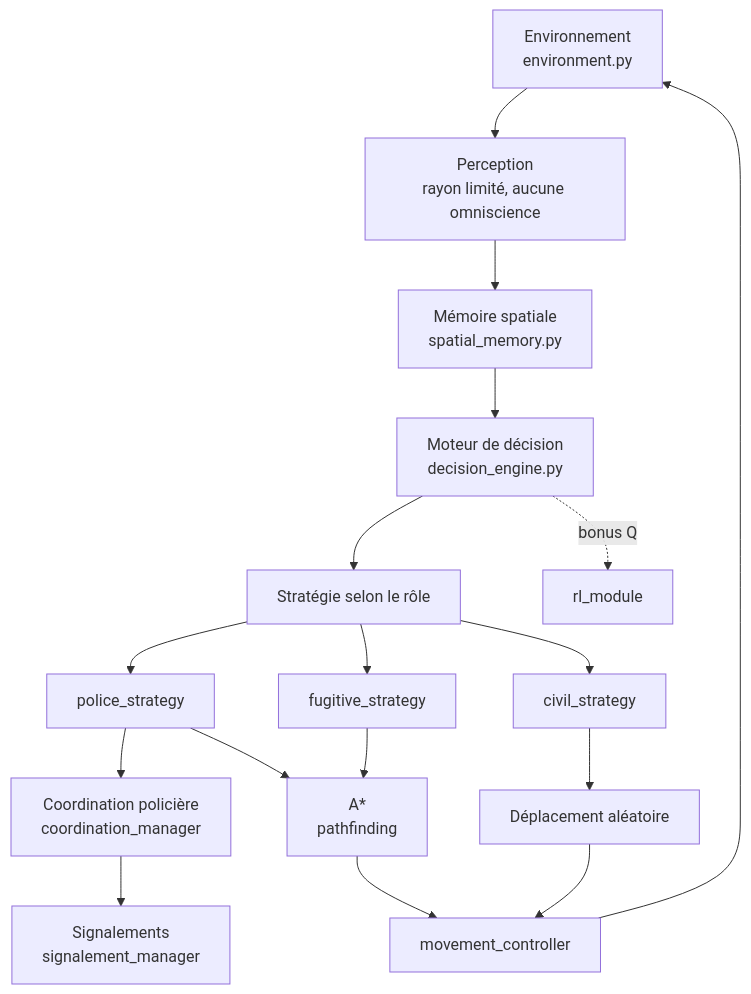
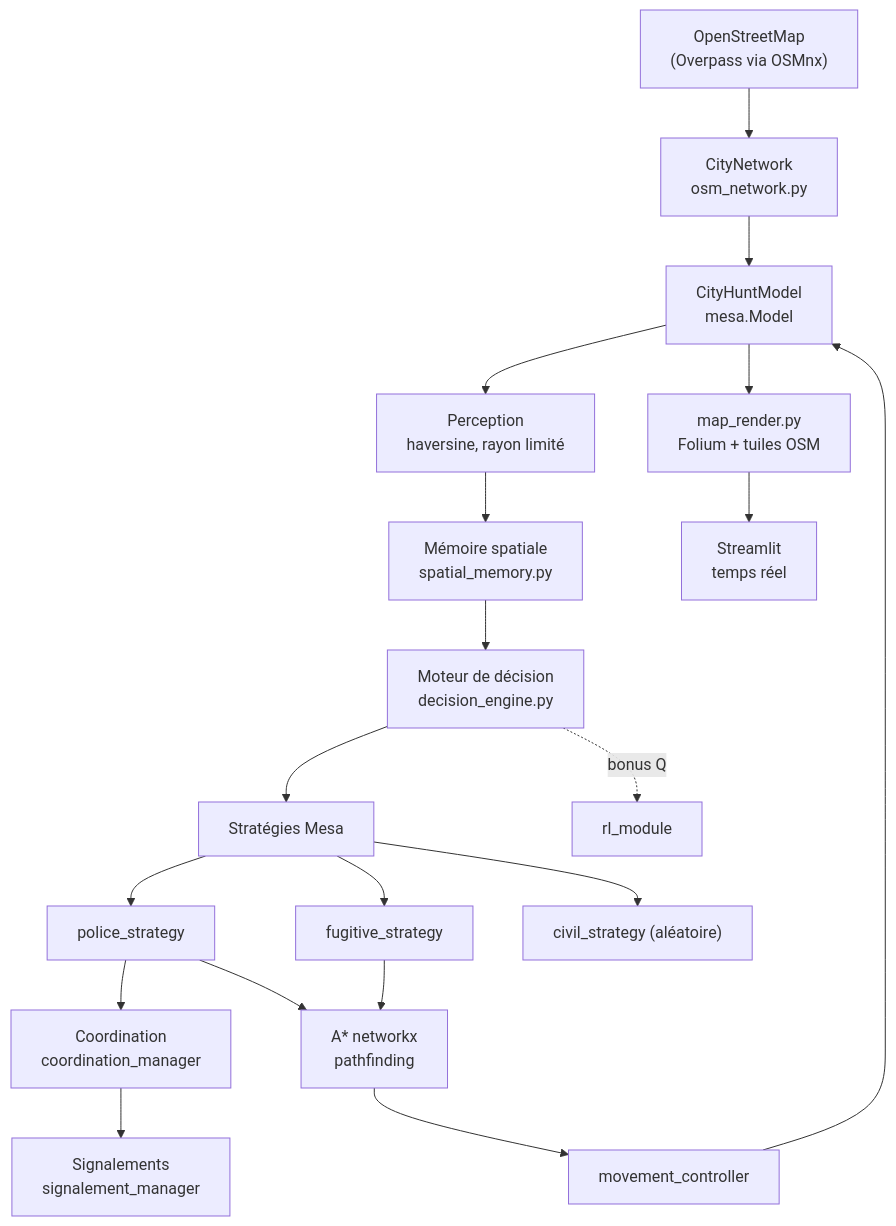
One commit to DNTtlse3/CitySMA changed the first of 9 diagrams in docs/DOCUMENTATION.md. Above: the diagram before and after it, drawn with Mermaid. The commit also changed other lines of this file and 18 other files, not shown here.

Commit message:
v3.0 : moteur Mesa + carte OpenStreetMap réelle (OSMnx), rendu Folium temps réel dans Streamlit, A* sur le réseau de rues

````diff
--- a/docs/DOCUMENTATION.md
+++ b/docs/DOCUMENTATION.md
@@ -31,25 +34,27 @@
 ```mermaid
 flowchart TD
-    ENV["Environnement<br/>environment.py"]
-    ENV --> PER["Perception<br/>rayon limité, aucune omniscience"]
+    OSM["OpenStreetMap<br/>(Overpass via OSMnx)"] --> NET["CityNetwork<br/>osm_network.py"]
+    NET --> MODEL["CityHuntModel<br/>mesa.Model"]
+
+    MODEL --> PER["Perception<br/>haversine, rayon limité"]
     PER --> MEM["Mémoire spatiale<br/>spatial_memory.py"]
     MEM --> DEC["Moteur de décision<br/>decision_engine.py"]
-    DEC --> STR["Stratégie selon le rôle"]
+    DEC --> STR["Stratégies Mesa"]
 
     STR --> POL["police_strategy"]
     STR --> FUG["fugitive_strategy"]
-    STR --> CIV["civil_strategy"]
+    STR --> CIV["civil_strategy (aléatoire)"]
 
-    POL --> COORD["Coordination policière<br/>coordination_manager"]
+    POL --> COORD["Coordination<br/>coordination_manager"]
     COORD --> SIG["Signalements<br/>signalement_manager"]
 
-    POL --> PATH["A*<br/>pathfinding"]
+    POL --> PATH["A* networkx<br/>pathfinding"]
     FUG --> PATH
-    CIV --> RAND["Déplacement aléatoire"]
 
     PATH --> MOVE["movement_controller"]
-    RAND --> MOVE
+    MOVE --> MODEL
 
-    MOVE --> ENV
+    MODEL --> FOLIUM["map_render.py<br/>Folium + tuiles OSM"]
+    FOLIUM --> UI["Streamlit<br/>temps réel"]
     DEC -. bonus Q .-> RL["rl_module"]
 ```
````
